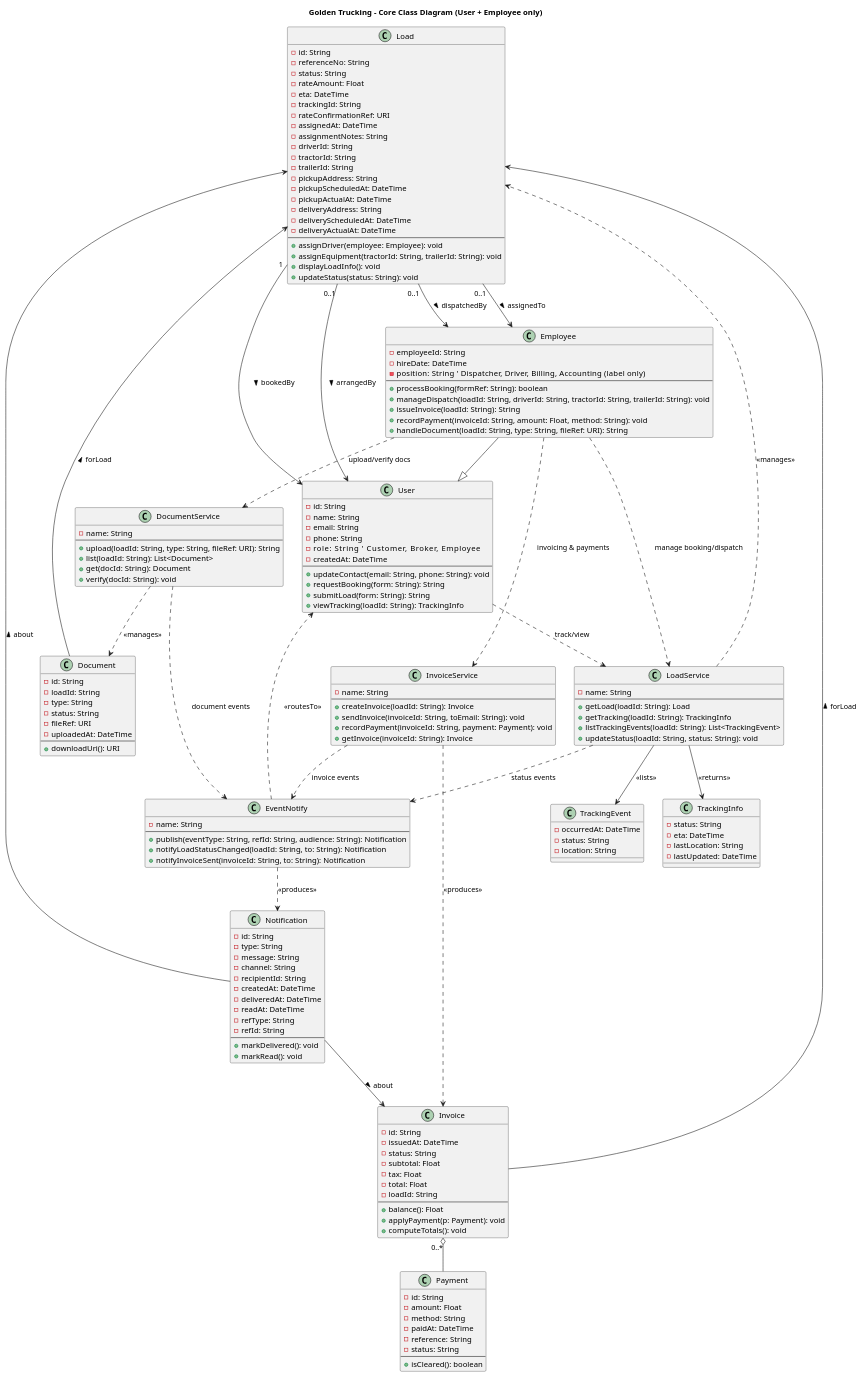
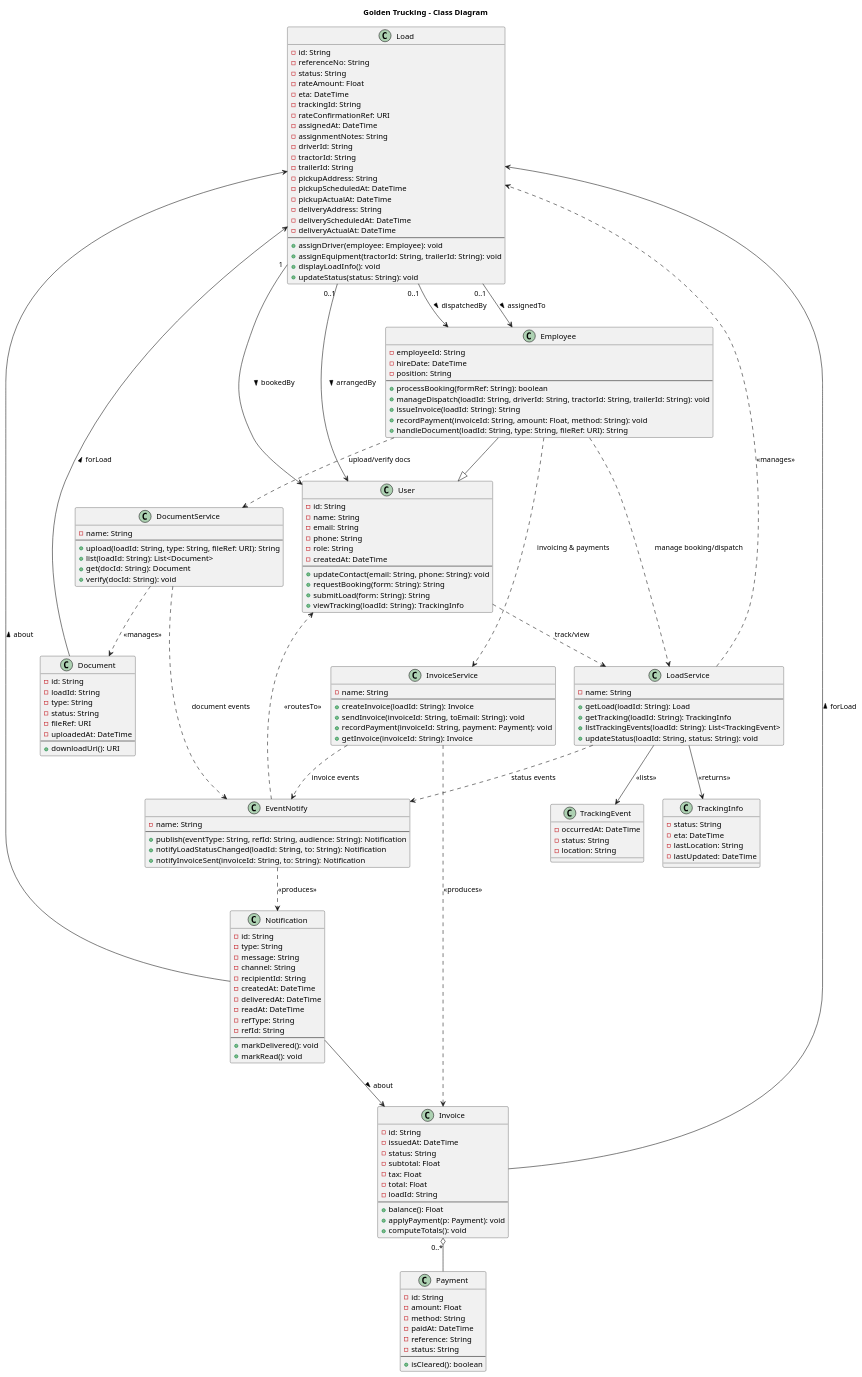
Before and after one commit to tttrang152k/Startup_SE: the diagram in UML_Diagrams/Simplify_Class_Verison.puml, drawn with PlantUML.

Commit message:
small fix to class diagram

```diff
--- a/UML_Diagrams/Simplify_Class_Verison.puml
+++ b/UML_Diagrams/Simplify_Class_Verison.puml
@@ -1,196 +1,196 @@
 @startuml
-title Golden Trucking – Core Class Diagram (User + Employee only)
+title Golden Trucking – Class Diagram
 
 class Load {
   - id: String
   - referenceNo: String
   - status: String
   - rateAmount: Float
   - eta: DateTime
   - trackingId: String
   ' --- collapsed details ---
   - rateConfirmationRef: URI
   - assignedAt: DateTime
   - assignmentNotes: String
   - driverId: String
   - tractorId: String
   - trailerId: String
   - pickupAddress: String
   - pickupScheduledAt: DateTime
   - pickupActualAt: DateTime
   - deliveryAddress: String
   - deliveryScheduledAt: DateTime
   - deliveryActualAt: DateTime
   --
   + assignDriver(employee: Employee): void
   + assignEquipment(tractorId: String, trailerId: String): void
   + displayLoadInfo(): void
   + updateStatus(status: String): void
 }
 
 ' ======= PEOPLE =======
 class User {
   - id: String
   - name: String
   - email: String
   - phone: String
-  - role: String          ' Customer, Broker, Employee
+  - role: String
   - createdAt: DateTime
   --
   + updateContact(email: String, phone: String): void
   + requestBooking(form: String): String
   + submitLoad(form: String): String
   + viewTracking(loadId: String): TrackingInfo
 }
 
 class Employee {
   - employeeId: String
   - hireDate: DateTime
-  - position: String      ' Dispatcher, Driver, Billing, Accounting (label only)
+  - position: String
   --
   + processBooking(formRef: String): boolean
   + manageDispatch(loadId: String, driverId: String, tractorId: String, trailerId: String): void
   + issueInvoice(loadId: String): String
   + recordPayment(invoiceId: String, amount: Float, method: String): void
   + handleDocument(loadId: String, type: String, fileRef: URI): String
 }
 
 Employee --|> User
 
 ' ======= SERVICES =======
 class LoadService {
   - name: String
   --
   + getLoad(loadId: String): Load
   + getTracking(loadId: String): TrackingInfo
   + listTrackingEvents(loadId: String): List<TrackingEvent>
   + updateStatus(loadId: String, status: String): void
 }
 
 class DocumentService {
   - name: String
   --
   + upload(loadId: String, type: String, fileRef: URI): String
   + list(loadId: String): List<Document>
   + get(docId: String): Document
   + verify(docId: String): void
 }
 
 class InvoiceService {
   - name: String
   --
   + createInvoice(loadId: String): Invoice
   + sendInvoice(invoiceId: String, toEmail: String): void
   + recordPayment(invoiceId: String, payment: Payment): void
   + getInvoice(invoiceId: String): Invoice
 }
 
 class EventNotify {
   - name: String
   --
   + publish(eventType: String, refId: String, audience: String): Notification
   + notifyLoadStatusChanged(loadId: String, to: String): Notification
   + notifyInvoiceSent(invoiceId: String, to: String): Notification
 }
 
 class Notification {
   - id: String
   - type: String
   - message: String
   - channel: String
   - recipientId: String
   - createdAt: DateTime
   - deliveredAt: DateTime
   - readAt: DateTime
   - refType: String
   - refId: String
   --
   + markDelivered(): void
   + markRead(): void
 }
 
 ' ======= HELPERS =======
 class TrackingInfo {
   - status: String
   - eta: DateTime
   - lastLocation: String
   - lastUpdated: DateTime
 }
 
 class TrackingEvent {
   - occurredAt: DateTime
   - status: String
   - location: String
 }
 
 class Document {
   - id: String
   - loadId: String
   - type: String
   - status: String
   - fileRef: URI
   - uploadedAt: DateTime
   --
   + downloadUri(): URI
 }
 
 class Invoice {
   - id: String
   - issuedAt: DateTime
   - status: String
   - subtotal: Float
   - tax: Float
   - total: Float
   - loadId: String
   --
   + balance(): Float
   + applyPayment(p: Payment): void
   + computeTotals(): void
 }
 
 class Payment {
   - id: String
   - amount: Float
   - method: String
   - paidAt: DateTime
   - reference: String
   - status: String
   --
   + isCleared(): boolean
 }
 
 ' ======= RELATIONSHIPS  =======
 ' Loads and people
 Load "1" --> User : bookedBy >
 Load "0..1" --> User : arrangedBy >
 Load "0..1" --> Employee : dispatchedBy >
 Load "0..1" --> Employee : assignedTo >
 
 ' Invoicing
 Invoice --> Load : forLoad >
 Invoice "0..*" o-- Payment
 InvoiceService ..> Invoice : <<produces>>
 
 ' Services <-> domain
 LoadService ..> Load : <<manages>>
 LoadService --> TrackingInfo : <<returns>>
 LoadService --> TrackingEvent : <<lists>>
 DocumentService ..> Document : <<manages>>
 Document --> Load : forLoad >
 
 ' Notifications
 EventNotify ..> Notification : <<produces>>
 EventNotify ..> User : <<routesTo>>
 LoadService ..> EventNotify : status events
 InvoiceService ..> EventNotify : invoice events
 DocumentService ..> EventNotify : document events
 Notification --> Load : about >
 Notification --> Invoice : about >
 
 ' Who uses services (generic)
 User ..> LoadService : track/view
 Employee ..> LoadService : manage booking/dispatch
 Employee ..> DocumentService : upload/verify docs
 Employee ..> InvoiceService : invoicing & payments
 
 @enduml
```
